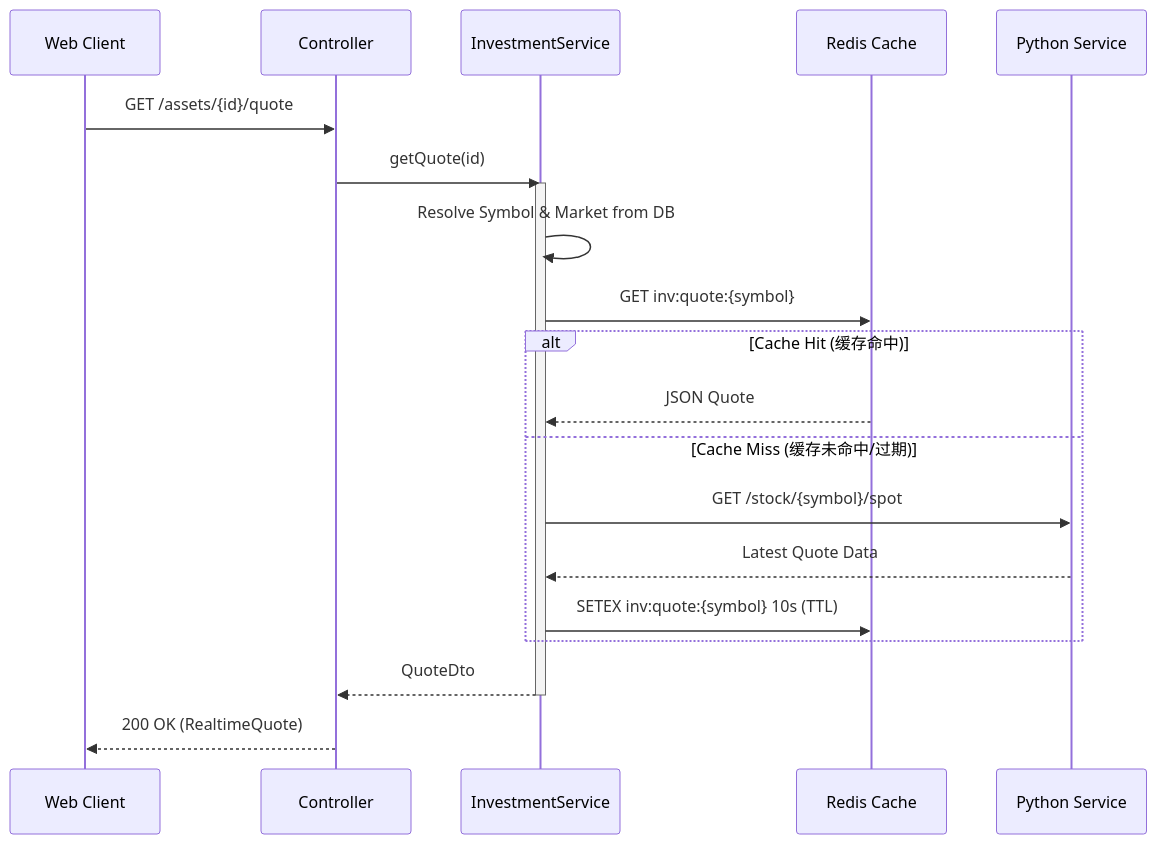
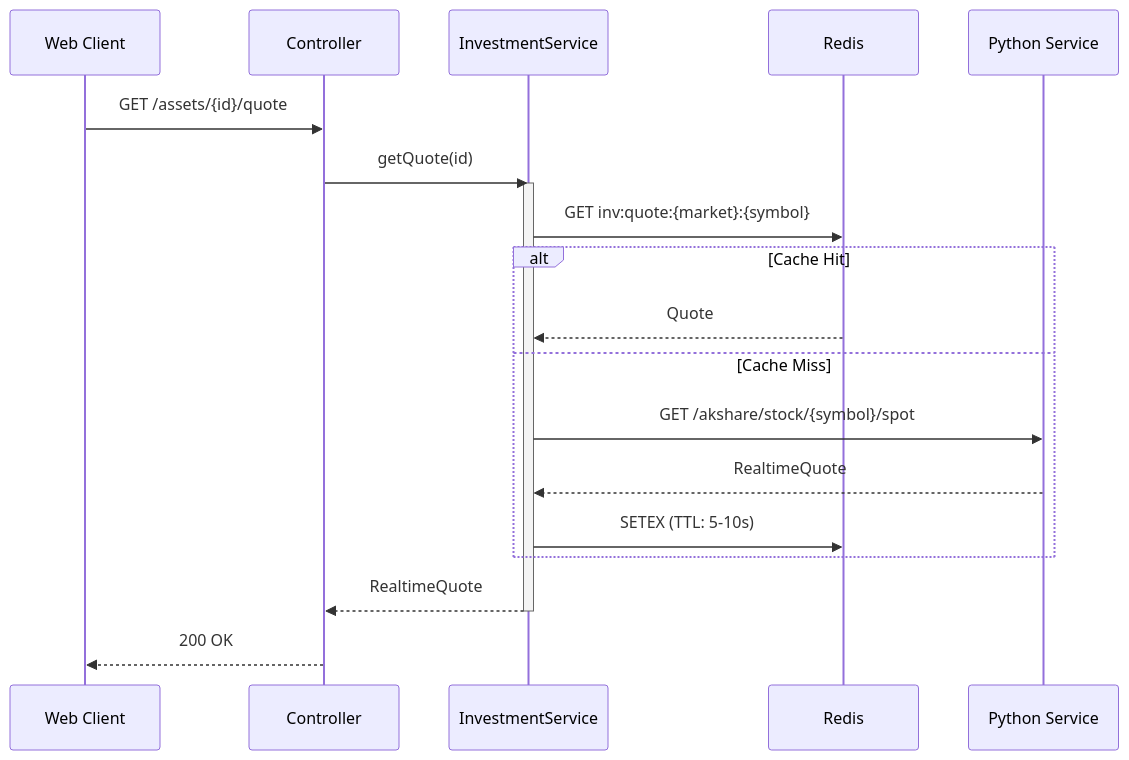
One commit to devloom1024/cogni-kit changed the first of 3 diagrams in .agents/design/investment/flow-realtime-quote.md. Above: the diagram before and after it, drawn with Mermaid. The commit also changed other lines of this file and 12 other files, not shown here.

````diff
--- a/.agents/design/investment/flow-realtime-quote.md
+++ b/.agents/design/investment/flow-realtime-quote.md
@@ -15,30 +15,26 @@
 ```mermaid
 sequenceDiagram
     participant Web as Web Client
     participant Ctrl as Controller
     participant Svc as InvestmentService
-    participant Redis as Redis Cache
+    participant Redis as Redis
     participant Py as Python Service
 
-    %% 场景：用户打开详情页
     Web->>Ctrl: GET /assets/{id}/quote
     Ctrl->>Svc: getQuote(id)
     activate Svc
     
-    Svc->>Svc: Resolve Symbol & Market from DB
-
-    Svc->>Redis: GET inv:quote:{symbol}
+    Svc->>Redis: GET inv:quote:{market}:{symbol}
     
-    alt Cache Hit (缓存命中)
-        Redis-->>Svc: JSON Quote
-    else Cache Miss (缓存未命中/过期)
-        Svc->>Py: GET /stock/{symbol}/spot
-        Py-->>Svc: Latest Quote Data
-        Svc->>Redis: SETEX inv:quote:{symbol} 10s (TTL)
+    alt Cache Hit
+        Redis-->>Svc: Quote
+    else Cache Miss
+        Svc->>Py: GET /akshare/stock/{symbol}/spot
+        Py-->>Svc: RealtimeQuote
+        Svc->>Redis: SETEX (TTL: 5-10s)
     end
     
-    Svc-->>Ctrl: QuoteDto
+    Svc-->>Ctrl: RealtimeQuote
     deactivate Svc
-
-    Ctrl-->>Web: 200 OK (RealtimeQuote)
+    Ctrl-->>Web: 200 OK
 ```
````
